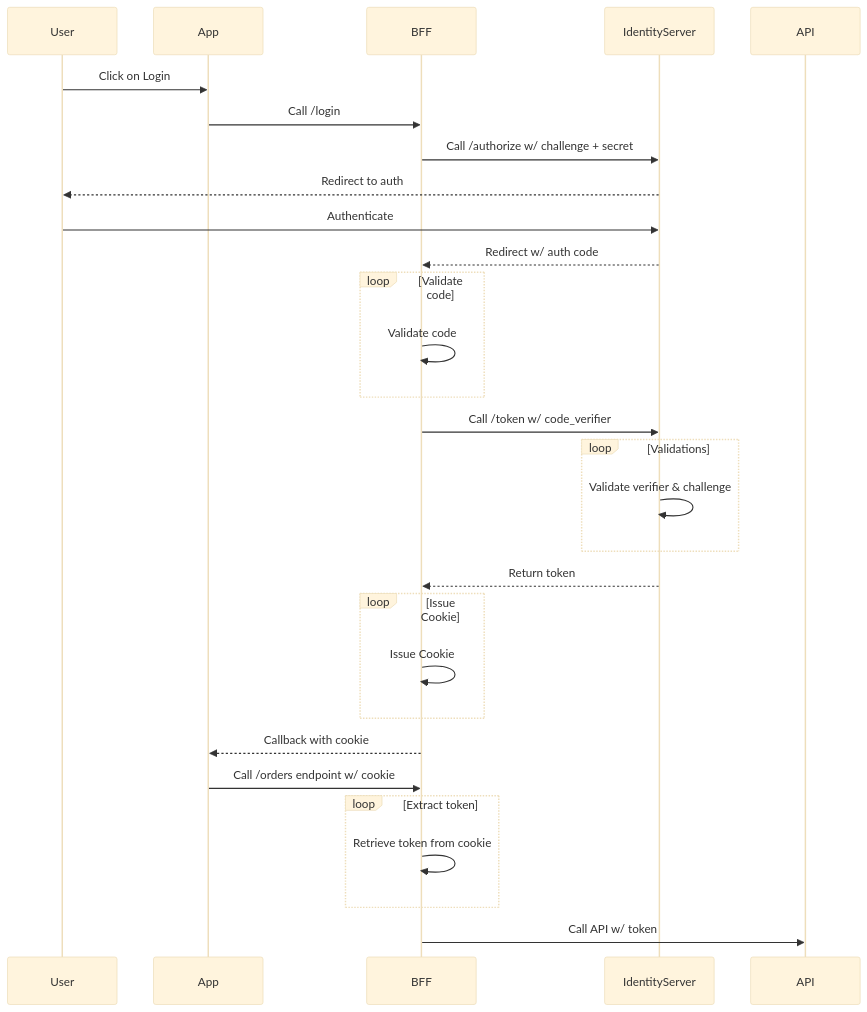
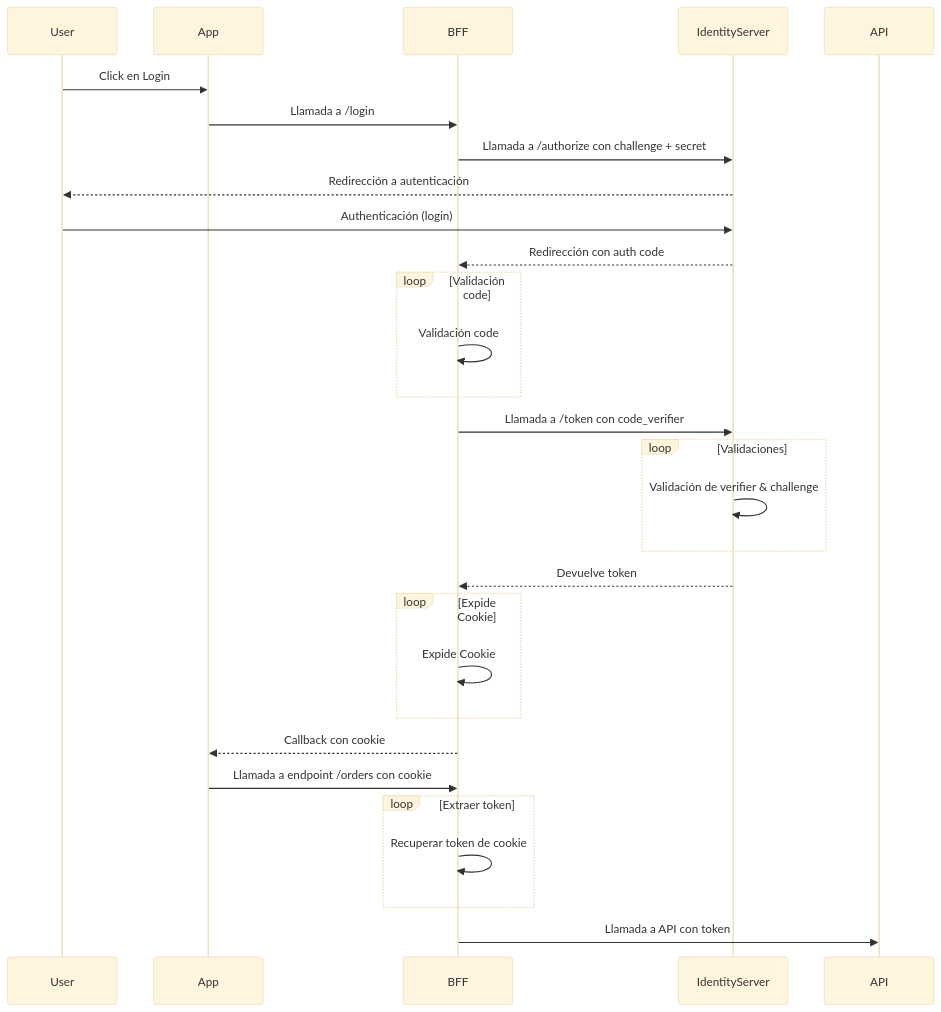
The diagram in docs/bff_complete.md (virubiotor/authentication-made-simple), drawn with Mermaid (base theme) before and after one commit. The commit also changed 4 other files, not shown here.

````diff
--- a/docs/bff_complete.md
+++ b/docs/bff_complete.md
@@ -1,32 +1,32 @@
 ```mermaid
 sequenceDiagram
     participant User
     participant App
     participant BFF
     participant IdentityServer
     participant API
 
-    User->>App: Click on Login
-    App->>BFF: Call /login
-    BFF->>IdentityServer: Call /authorize w/ challenge + secret
-    IdentityServer-->>User: Redirect to auth
-    User->>IdentityServer: Authenticate
-    IdentityServer-->>BFF: Redirect w/ auth code
-    loop Validate code
-        BFF->>BFF: Validate code
+    User->>App: Click en Login
+    App->>BFF: Llamada a /login
+    BFF->>IdentityServer: Llamada a /authorize con challenge + secret
+    IdentityServer-->>User: Redirección a autenticación
+    User->>IdentityServer: Authenticación (login)
+    IdentityServer-->>BFF: Redirección con auth code
+    loop Validación code
+        BFF->>BFF: Validación code
     end
-    BFF->>IdentityServer: Call /token w/ code_verifier
-    loop Validations
-        IdentityServer->>IdentityServer: Validate verifier & challenge
+    BFF->>IdentityServer: Llamada a /token con code_verifier
+    loop Validaciones
+        IdentityServer->>IdentityServer: Validación de verifier & challenge
     end
-    IdentityServer-->>BFF: Return token
-    loop Issue Cookie
-        BFF->>BFF: Issue Cookie
+    IdentityServer-->>BFF: Devuelve token
+    loop Expide Cookie
+        BFF->>BFF: Expide Cookie
     end
-    BFF-->>App: Callback with cookie
-    App->>BFF: Call /orders endpoint w/ cookie
-    loop Extract token
-        BFF->>BFF: Retrieve token from cookie
+    BFF-->>App: Callback con cookie
+    App->>BFF: Llamada a endpoint /orders con cookie
+    loop Extraer token
+        BFF->>BFF: Recuperar token de cookie
     end
-    BFF->>API: Call API w/ token
+    BFF->>API: Llamada a API con token
 ```
````
